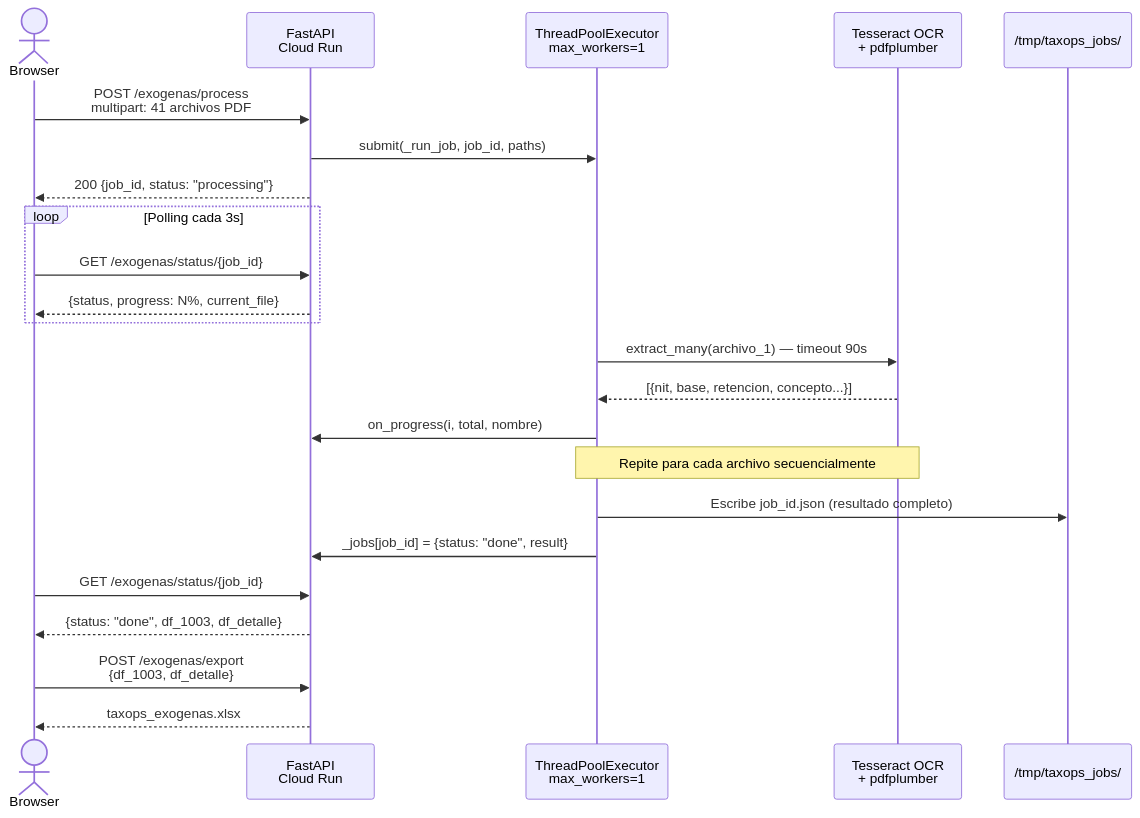
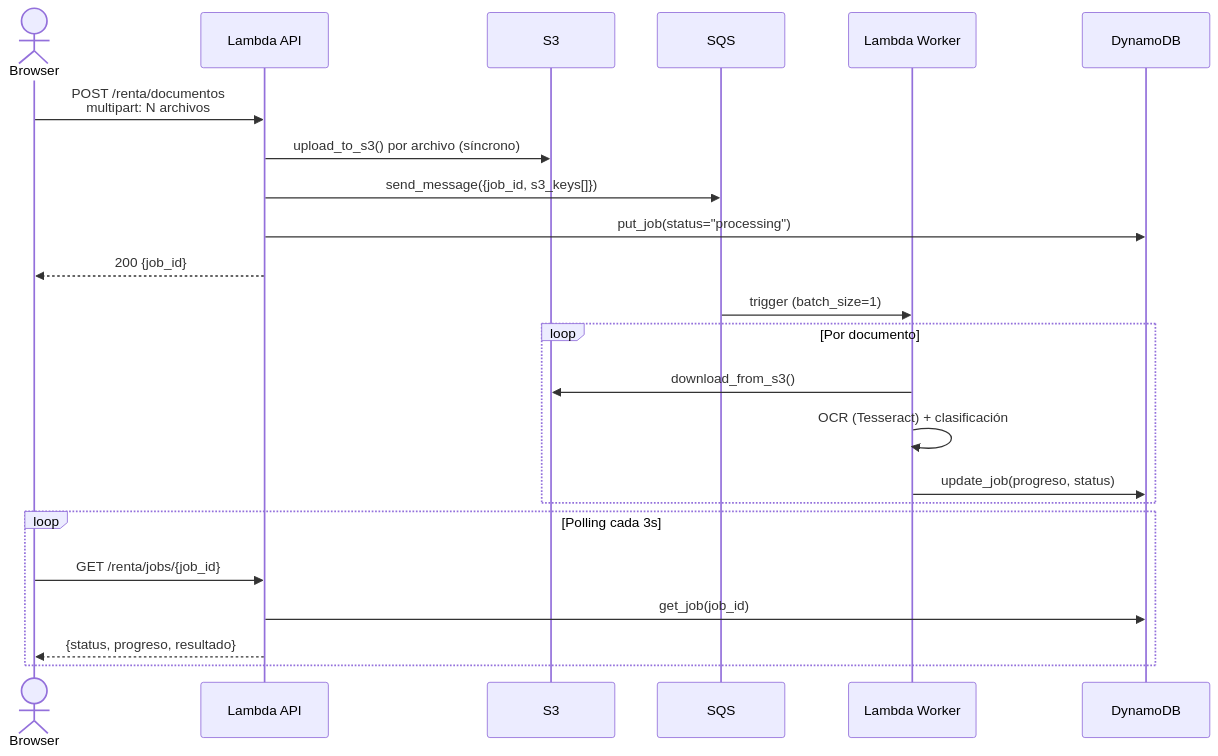
One commit to ABA-projects/TaxOps-11 changed the second of 3 diagrams in README.md. Above: the diagram before and after it, drawn with Mermaid. The commit also changed other lines of this file, not shown here.

First line of the commit message:
docs: actualizar README para reflejar la migración a AWS (#21)

````diff
--- a/README.md
+++ b/README.md
@@ -139,32 +141,28 @@
 ```mermaid
 sequenceDiagram
     actor Browser
-    participant API as FastAPI<br/>Cloud Run
-    participant Pool as ThreadPoolExecutor<br/>max_workers=1
-    participant OCR as Tesseract OCR<br/>+ pdfplumber
-    participant FS as /tmp/taxops_jobs/
+    participant API as Lambda API
+    participant S3 as S3
+    participant SQS as SQS
+    participant Worker as Lambda Worker
+    participant DDB as DynamoDB
 
-    Browser->>API: POST /exogenas/process<br/>multipart: 41 archivos PDF
-    API->>Pool: submit(_run_job, job_id, paths)
-    API-->>Browser: 200 {job_id, status: "processing"}
+    Browser->>API: POST /renta/documentos<br/>multipart: N archivos
+    API->>S3: upload_to_s3() por archivo (síncrono)
+    API->>SQS: send_message({job_id, s3_keys[]})
+    API->>DDB: put_job(status="processing")
+    API-->>Browser: 200 {job_id}
+
+    SQS->>Worker: trigger (batch_size=1)
+    loop Por documento
+        Worker->>S3: download_from_s3()
+        Worker->>Worker: OCR (Tesseract) + clasificación
+        Worker->>DDB: update_job(progreso, status)
+    end
 
     loop Polling cada 3s
-        Browser->>API: GET /exogenas/status/{job_id}
-        API-->>Browser: {status, progress: N%, current_file}
+        Browser->>API: GET /renta/jobs/{job_id}
+        API->>DDB: get_job(job_id)
+        API-->>Browser: {status, progreso, resultado}
     end
-
-    Pool->>OCR: extract_many(archivo_1) — timeout 90s
-    OCR-->>Pool: [{nit, base, retencion, concepto...}]
-    Pool->>API: on_progress(i, total, nombre)
-
-    note over Pool,OCR: Repite para cada archivo secuencialmente
-
-    Pool->>FS: Escribe job_id.json (resultado completo)
-    Pool->>API: _jobs[job_id] = {status: "done", result}
-
-    Browser->>API: GET /exogenas/status/{job_id}
-    API-->>Browser: {status: "done", df_1003, df_detalle}
-
-    Browser->>API: POST /exogenas/export<br/>{df_1003, df_detalle}
-    API-->>Browser: taxops_exogenas.xlsx
 ```
````
